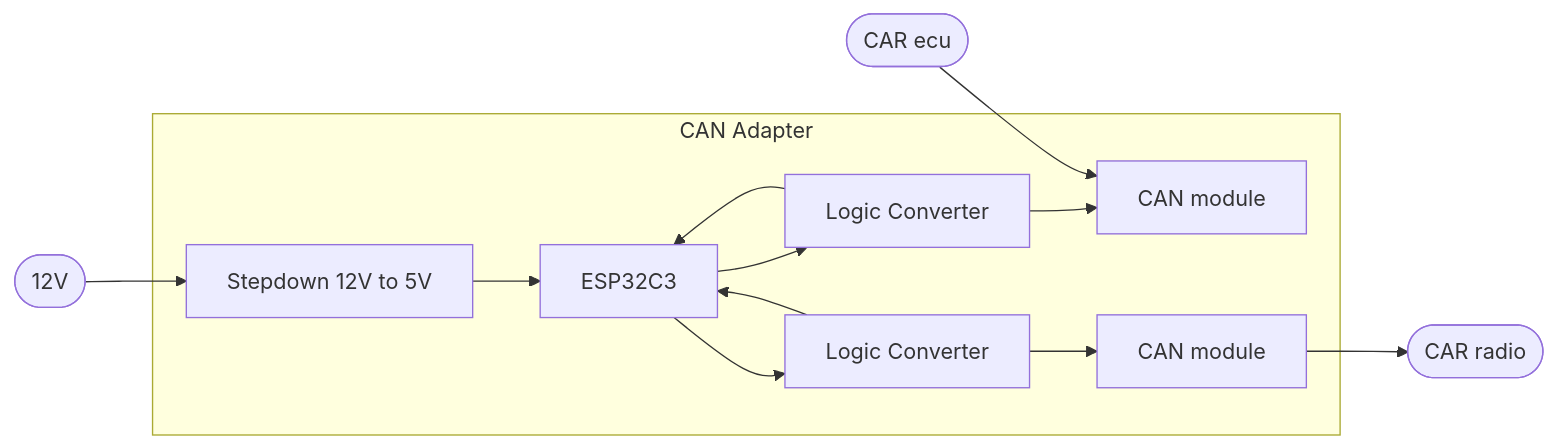
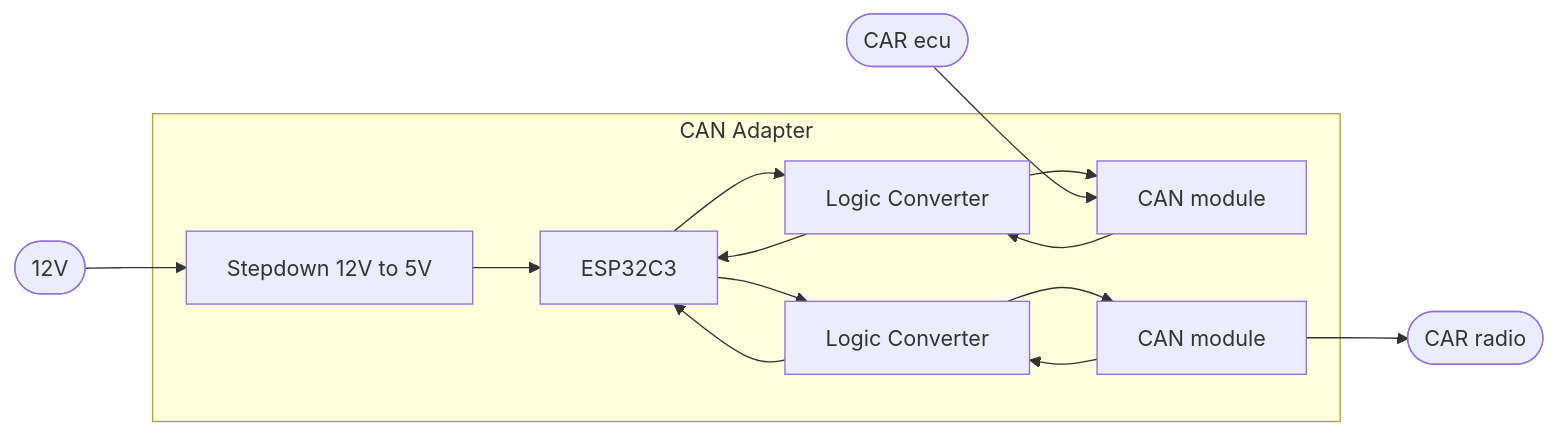
Before and after one commit to Wojtechos/CAN_VWTP_ADAPTER: the diagram in README.md, drawn with Mermaid.

````diff
--- a/README.md
+++ b/README.md
@@ -16,22 +16,24 @@
 ```mermaid
   flowchart LR
     Power(["12V"])
     subgraph CAN Adapter
       Stepdown["Stepdown 12V to 5V"]
       MCU["ESP32C3"]
       LOGCONV1["Logic Converter"]
       LOGCONV2["Logic Converter"]
       CANMOD1["CAN module"]
       CANMOD2["CAN module"] 
     end
     Power --> Stepdown
     Stepdown --> MCU
     MCU --> LOGCONV1
     MCU --> LOGCONV2
     LOGCONV1 --> CANMOD1 
     LOGCONV2 --> CANMOD2
     ECU(["CAR ecu"]) --> CANMOD1 
     CANMOD2 --> RADIO(["CAR radio"])
     LOGCONV1 --> MCU
     LOGCONV2 --> MCU
+    CANMOD1 --> LOGCONV1
+    CANMOD2 --> LOGCONV2
 ```
````
